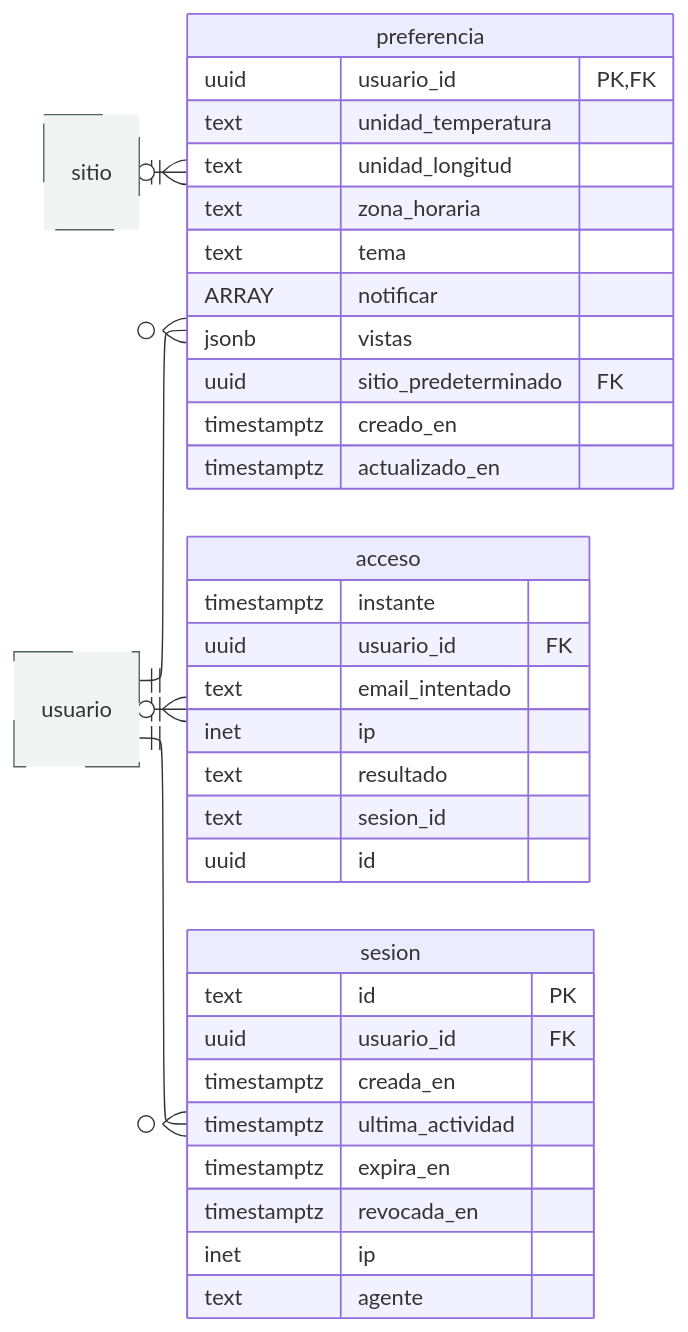
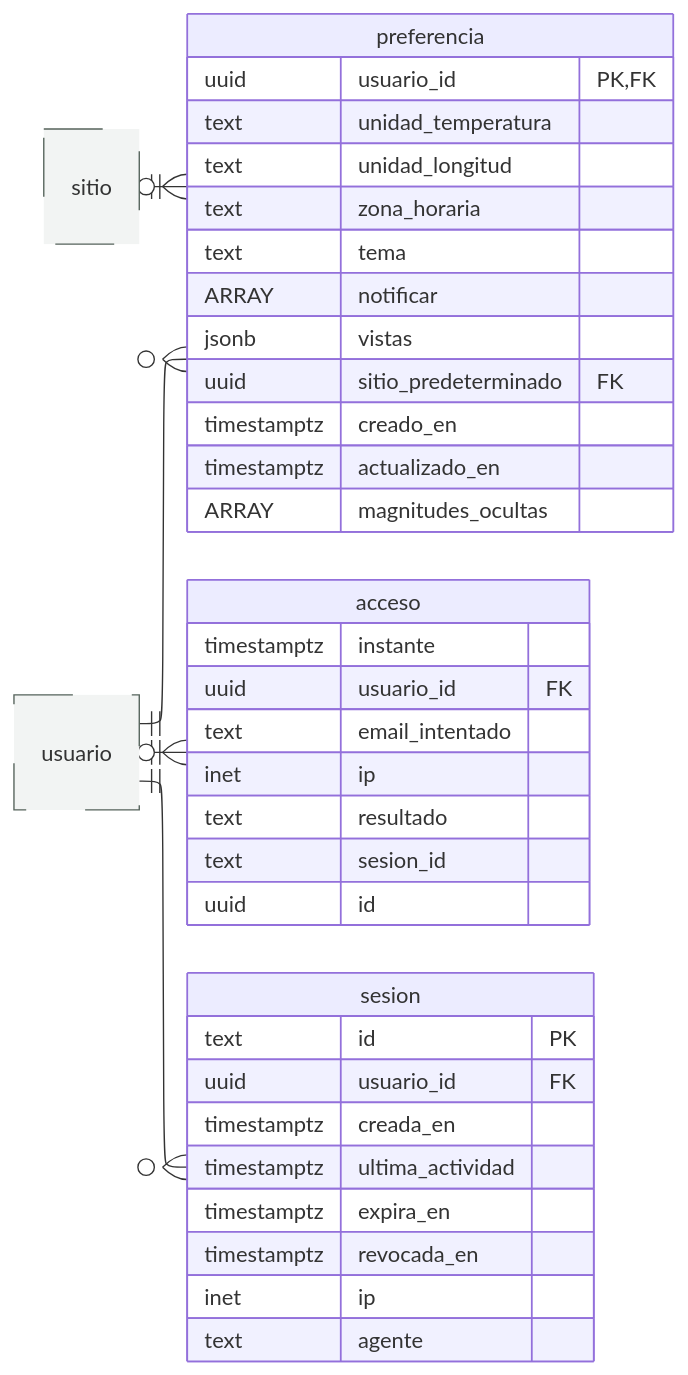
The diagram in informe-oficial/figuras/mermaid/modelo-cuentas-y-sesion-2.mmd (vicenterami/tesis), drawn with Mermaid before and after one commit. The commit also changed 87 other files, not shown here.

```diff
--- a/informe-oficial/figuras/mermaid/modelo-cuentas-y-sesion-2.mmd
+++ b/informe-oficial/figuras/mermaid/modelo-cuentas-y-sesion-2.mmd
@@ -1,48 +1,49 @@
 ---
 config:
   layout: elk
   er:
     entityPadding: 6
     minEntityWidth: 60
 ---
 erDiagram
     direction LR
     sitio ||--o{ preferencia : ""
     usuario ||--o{ acceso : ""
     usuario ||--o{ preferencia : ""
     usuario ||--o{ sesion : ""
     acceso {
         timestamptz instante
         uuid usuario_id FK
         text email_intentado
         inet ip
         text resultado
         text sesion_id
         uuid id
     }
     preferencia {
         uuid usuario_id PK,FK
         text unidad_temperatura
         text unidad_longitud
         text zona_horaria
         text tema
         ARRAY notificar
         jsonb vistas
         uuid sitio_predeterminado FK
         timestamptz creado_en
         timestamptz actualizado_en
+        ARRAY magnitudes_ocultas
     }
     sesion {
         text id PK
         uuid usuario_id FK
         timestamptz creada_en
         timestamptz ultima_actividad
         timestamptz expira_en
         timestamptz revocada_en
         inet ip
         text agente
     }
     sitio
     usuario
     style sitio fill:#F2F4F3,stroke:#55635B,stroke-dasharray:4 3
     style usuario fill:#F2F4F3,stroke:#55635B,stroke-dasharray:4 3
```
